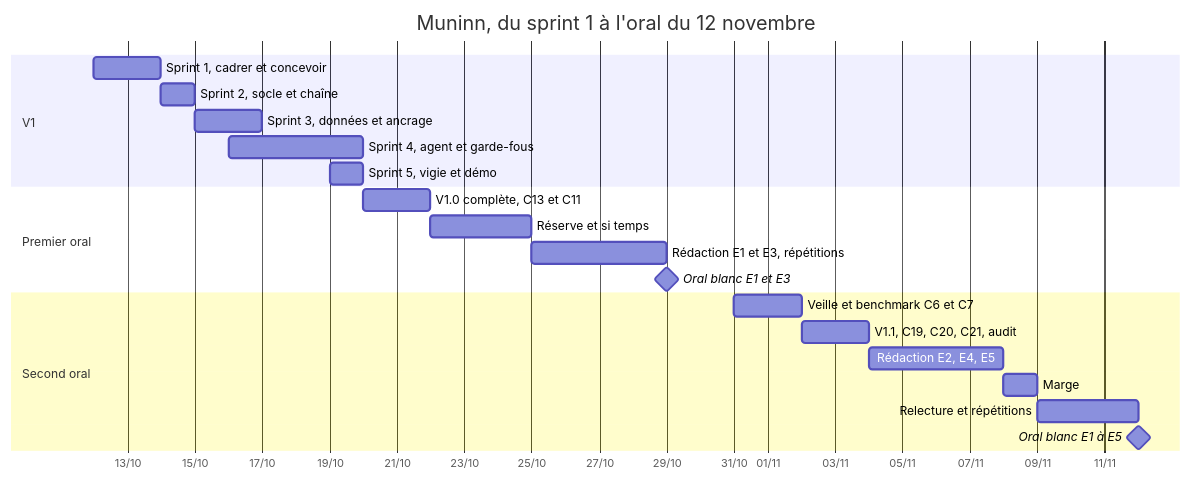
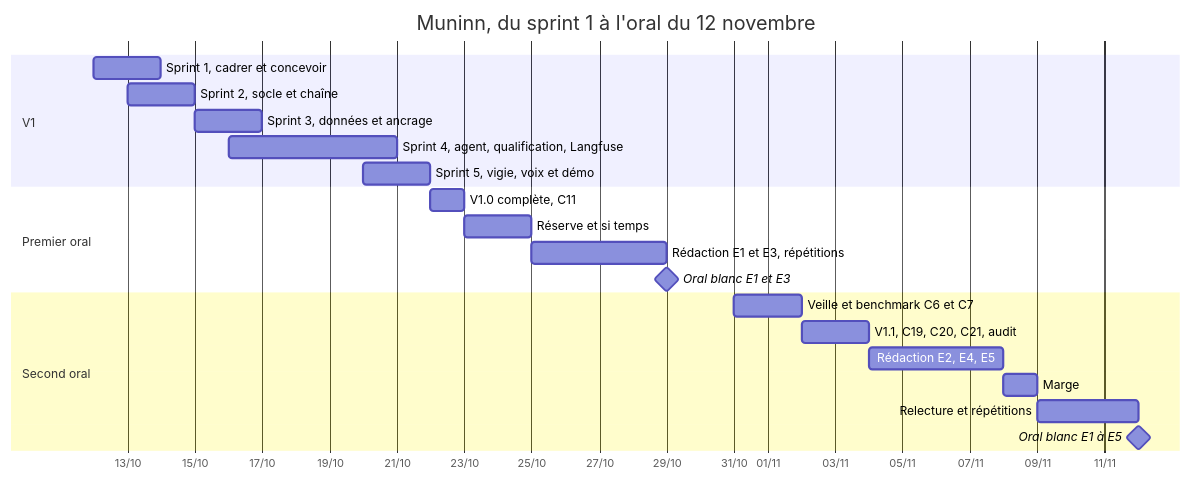
Before and after one commit to Bealph/muninn-v1: the diagram in docs/v1/roadmap-v1.md, drawn with Mermaid. The commit also changed other lines of this file and 22 other files, not shown here.

Commit message:
docs: integre la qualification des appels, la voix et Langfuse (dossier V1 v1.5) (#17)

````diff
--- a/docs/v1/roadmap-v1.md
+++ b/docs/v1/roadmap-v1.md
@@ -59,24 +58,24 @@
 ```mermaid
 gantt
   title Muninn, du sprint 1 à l'oral du 12 novembre
   dateFormat YYYY-MM-DD
   axisFormat %d/%m
   section V1
   Sprint 1, cadrer et concevoir             :s1, 2026-10-12, 2d
-  Sprint 2, socle et chaîne                 :s2, 2026-10-14, 1d
+  Sprint 2, socle et chaîne                 :s2, 2026-10-13, 2d
   Sprint 3, données et ancrage              :s3, 2026-10-15, 2d
-  Sprint 4, agent et garde-fous             :s4, 2026-10-16, 4d
-  Sprint 5, vigie et démo                   :s5, 2026-10-19, 1d
+  Sprint 4, agent, qualification, Langfuse  :s4, 2026-10-16, 5d
+  Sprint 5, vigie, voix et démo             :s5, 2026-10-20, 2d
   section Premier oral
-  V1.0 complète, C13 et C11       :c1, 2026-10-20, 2d
-  Réserve et si temps                       :r1, 2026-10-22, 3d
+  V1.0 complète, C11              :c1, 2026-10-22, 1d
+  Réserve et si temps                       :r1, 2026-10-23, 2d
   Rédaction E1 et E3, répétitions           :w1, 2026-10-25, 4d
   Oral blanc E1 et E3                       :milestone, o1, 2026-10-29, 0d
   section Second oral
   Veille et benchmark C6 et C7              :v2, 2026-10-31, 2d
   V1.1, C19, C20, C21, audit          :c2, 2026-11-02, 2d
   Rédaction E2, E4, E5                      :w2, 2026-11-04, 4d
   Marge                                     :m2, 2026-11-08, 1d
   Relecture et répétitions                  :p2, 2026-11-09, 3d
   Oral blanc E1 à E5                        :milestone, o2, 2026-11-12, 0d
 ```
````
